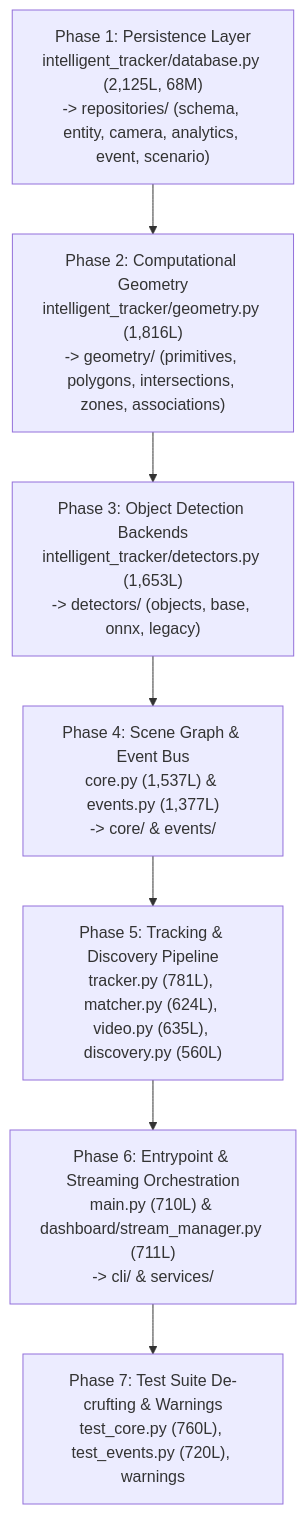
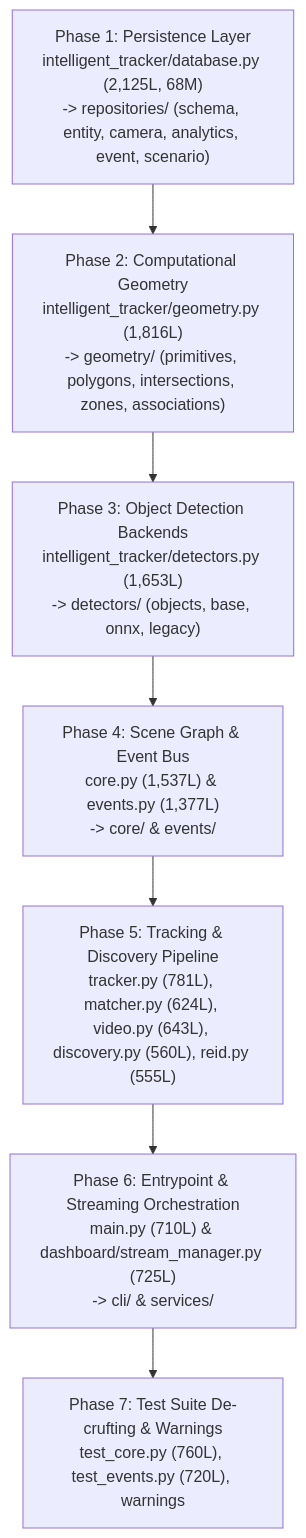
One commit to davtoh/intelligent-tracker changed the second of 2 diagrams in codebase_refactor_audit_and_roadmap.md. Above: the diagram before and after it, drawn with Mermaid. The commit also changed other lines of this file, not shown here.

````diff
--- a/codebase_refactor_audit_and_roadmap.md
+++ b/codebase_refactor_audit_and_roadmap.md
@@ -95,12 +97,12 @@
 ```mermaid
 flowchart TD
     P1["Phase 1: Persistence Layer\nintelligent_tracker/database.py (2,125L, 68M)\n-> repositories/ (schema, entity, camera, analytics, event, scenario)"]
     P2["Phase 2: Computational Geometry\nintelligent_tracker/geometry.py (1,816L)\n-> geometry/ (primitives, polygons, intersections, zones, associations)"]
     P3["Phase 3: Object Detection Backends\nintelligent_tracker/detectors.py (1,653L)\n-> detectors/ (objects, base, onnx, legacy)"]
     P4["Phase 4: Scene Graph & Event Bus\ncore.py (1,537L) & events.py (1,377L)\n-> core/ & events/"]
-    P5["Phase 5: Tracking & Discovery Pipeline\ntracker.py (781L), matcher.py (624L), video.py (635L), discovery.py (560L)"]
-    P6["Phase 6: Entrypoint & Streaming Orchestration\nmain.py (710L) & dashboard/stream_manager.py (711L)\n-> cli/ & services/"]
+    P5["Phase 5: Tracking & Discovery Pipeline\ntracker.py (781L), matcher.py (624L), video.py (643L), discovery.py (560L), reid.py (555L)"]
+    P6["Phase 6: Entrypoint & Streaming Orchestration\nmain.py (710L) & dashboard/stream_manager.py (725L)\n-> cli/ & services/"]
     P7["Phase 7: Test Suite De-crufting & Warnings\ntest_core.py (760L), test_events.py (720L), warnings"]
 
     P1 --> P2 --> P3 --> P4 --> P5 --> P6 --> P7
 ```
````
